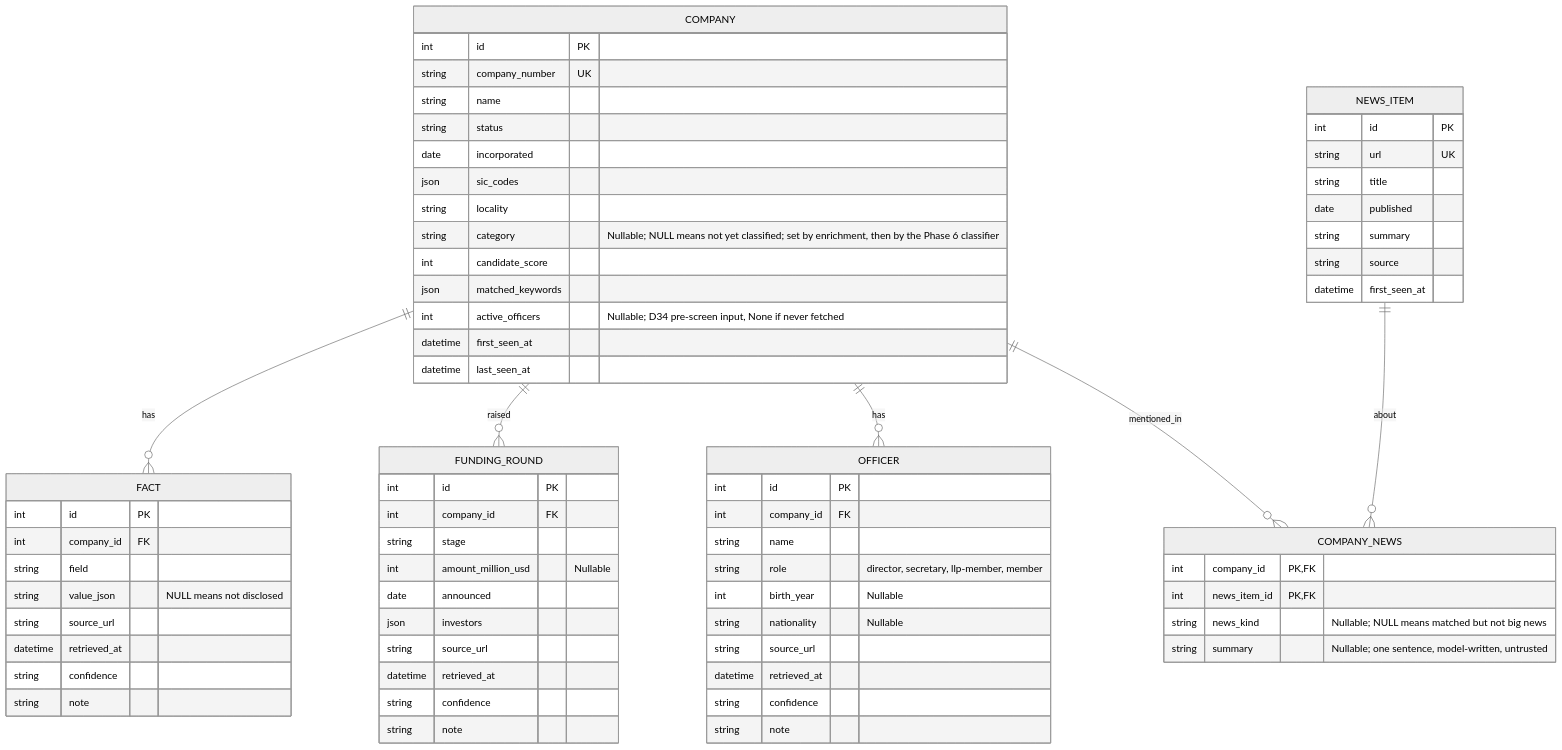
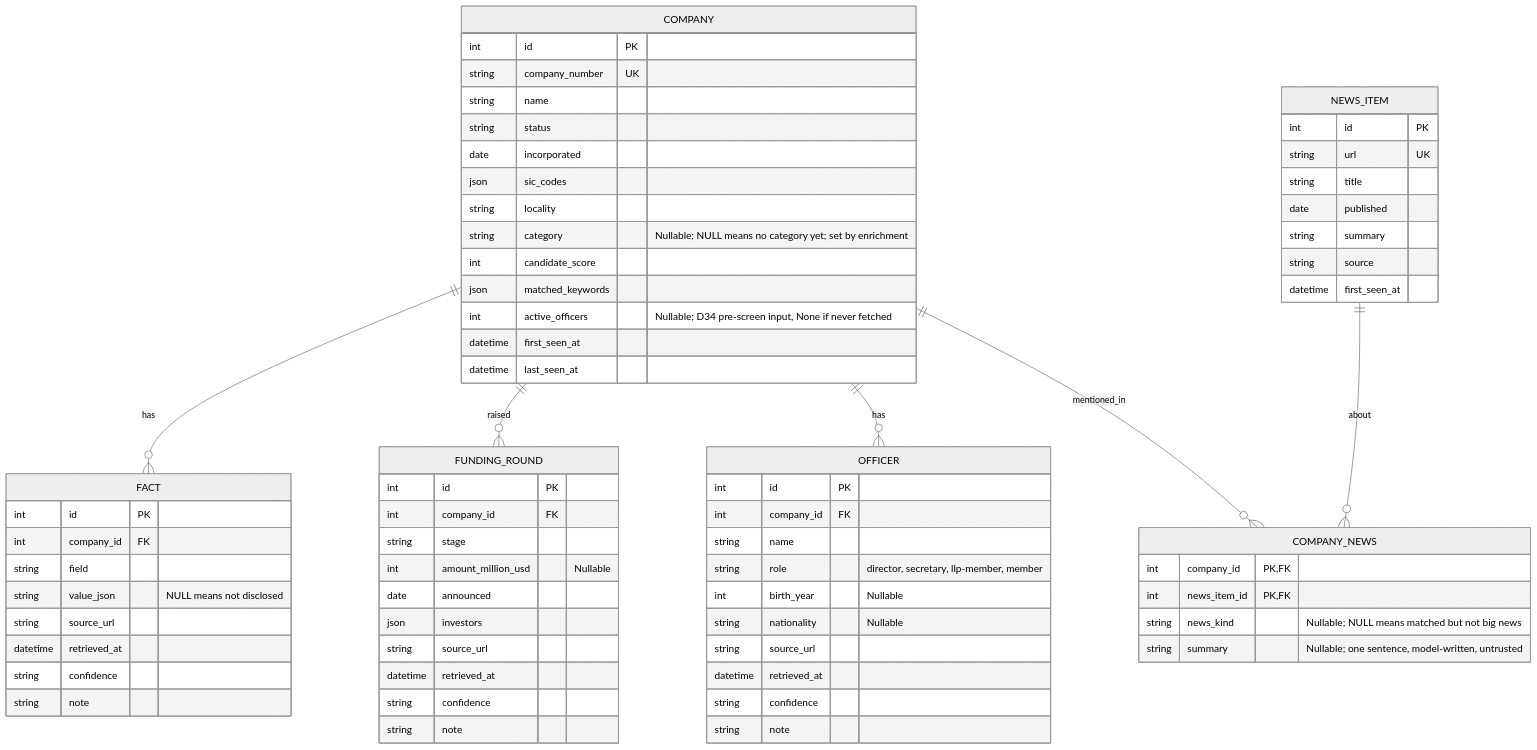
Before and after one commit to Farzaanee/sprout: the first of 2 diagrams in docs/architecture/2. data-model.md, drawn with Mermaid (neutral theme). The commit also changed other lines of this file and 38 other files, not shown here.

````diff
--- a/docs/architecture/2. data-model.md
+++ b/docs/architecture/2. data-model.md
@@ -7,72 +7,72 @@
 ```mermaid
 erDiagram
     COMPANY ||--o{ FACT : has
     COMPANY ||--o{ FUNDING_ROUND : raised
     COMPANY ||--o{ OFFICER : has
     COMPANY ||--o{ COMPANY_NEWS : mentioned_in
     NEWS_ITEM ||--o{ COMPANY_NEWS : about
     COMPANY {
         int id PK
         string company_number UK
         string name
         string status
         date incorporated
         json sic_codes
         string locality
-        string category "Nullable; NULL means not yet classified; set by enrichment, then by the Phase 6 classifier"
+        string category "Nullable; NULL means no category yet; set by enrichment"
         int candidate_score
         json matched_keywords
         int active_officers "Nullable; D34 pre-screen input, None if never fetched"
         datetime first_seen_at
         datetime last_seen_at
     }
     FACT {
         int id PK
         int company_id FK
         string field
         string value_json "NULL means not disclosed"
         string source_url
         datetime retrieved_at
         string confidence
         string note
     }
     FUNDING_ROUND {
         int id PK
         int company_id FK
         string stage
         int amount_million_usd "Nullable"
         date announced
         json investors
         string source_url
         datetime retrieved_at
         string confidence
         string note
     }
     OFFICER {
         int id PK
         int company_id FK
         string name
         string role "director, secretary, llp-member, member"
         int birth_year "Nullable"
         string nationality "Nullable"
         string source_url
         datetime retrieved_at
         string confidence
         string note
     }
     NEWS_ITEM {
         int id PK
         string url UK
         string title
         date published
         string summary
         string source
         datetime first_seen_at
     }
     COMPANY_NEWS {
         int company_id PK, FK
         int news_item_id PK, FK
         string news_kind "Nullable; NULL means matched but not big news"
         string summary "Nullable; one sentence, model-written, untrusted"
     }
 ```
````
